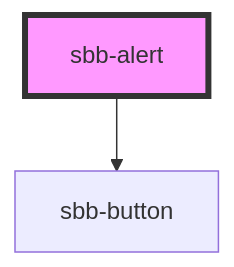
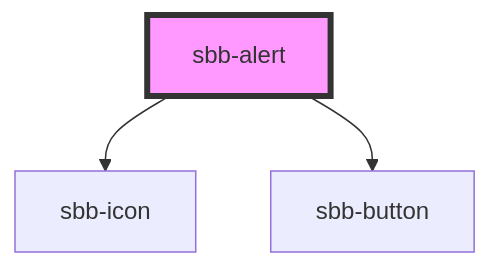
One commit to sbb-design-systems/lyne-components changed the diagram in src/components/sbb-alert/readme.md. Above: the diagram before and after it, drawn with Mermaid. The commit also changed other lines of this file and 5 other files, not shown here.

Commit message:
refactor: use sbb-icon for slot

````diff
--- a/src/components/sbb-alert/readme.md
+++ b/src/components/sbb-alert/readme.md
@@ -66,5 +67,6 @@
 ```mermaid
 graph TD;
+  sbb-alert --> sbb-icon
   sbb-alert --> sbb-button
   style sbb-alert fill:#f9f,stroke:#333,stroke-width:4px
 ```
````
